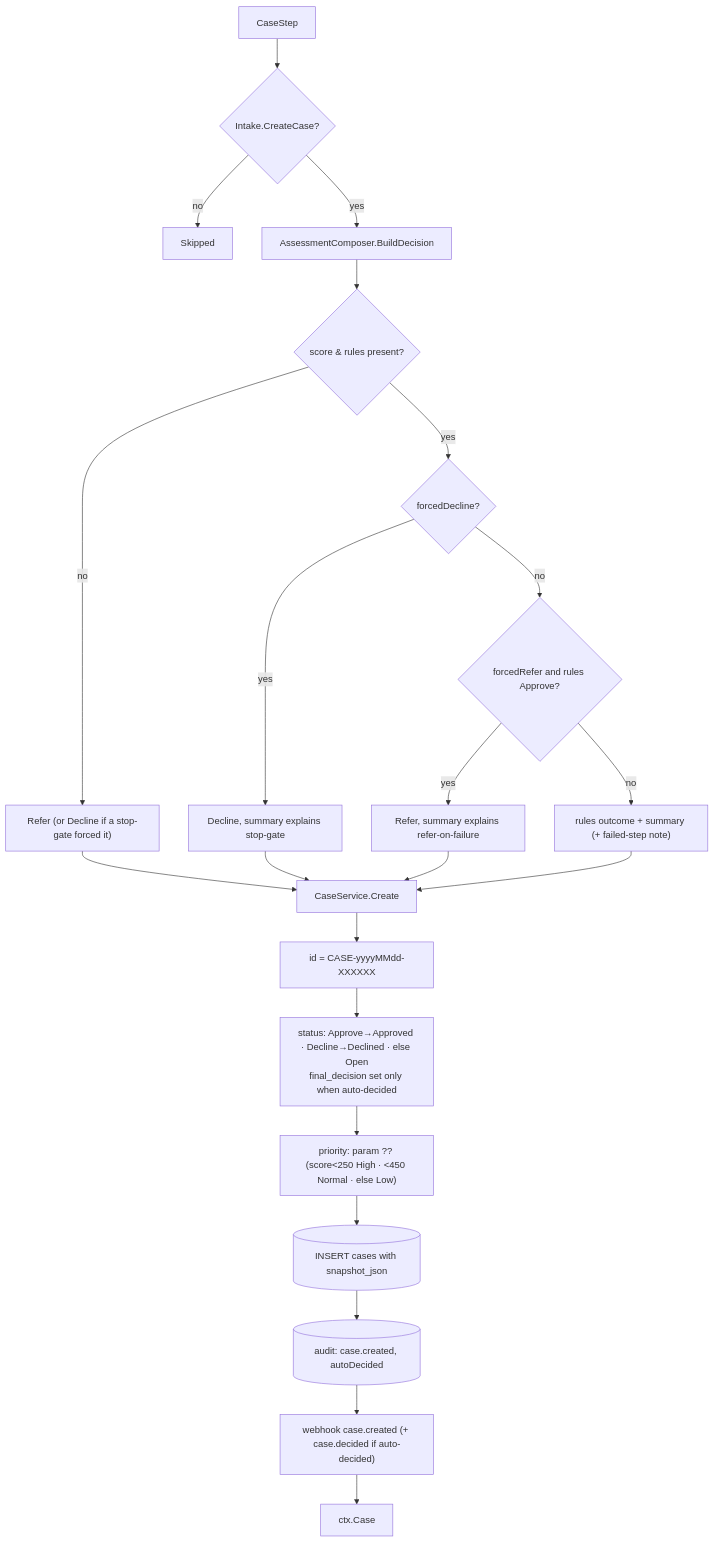
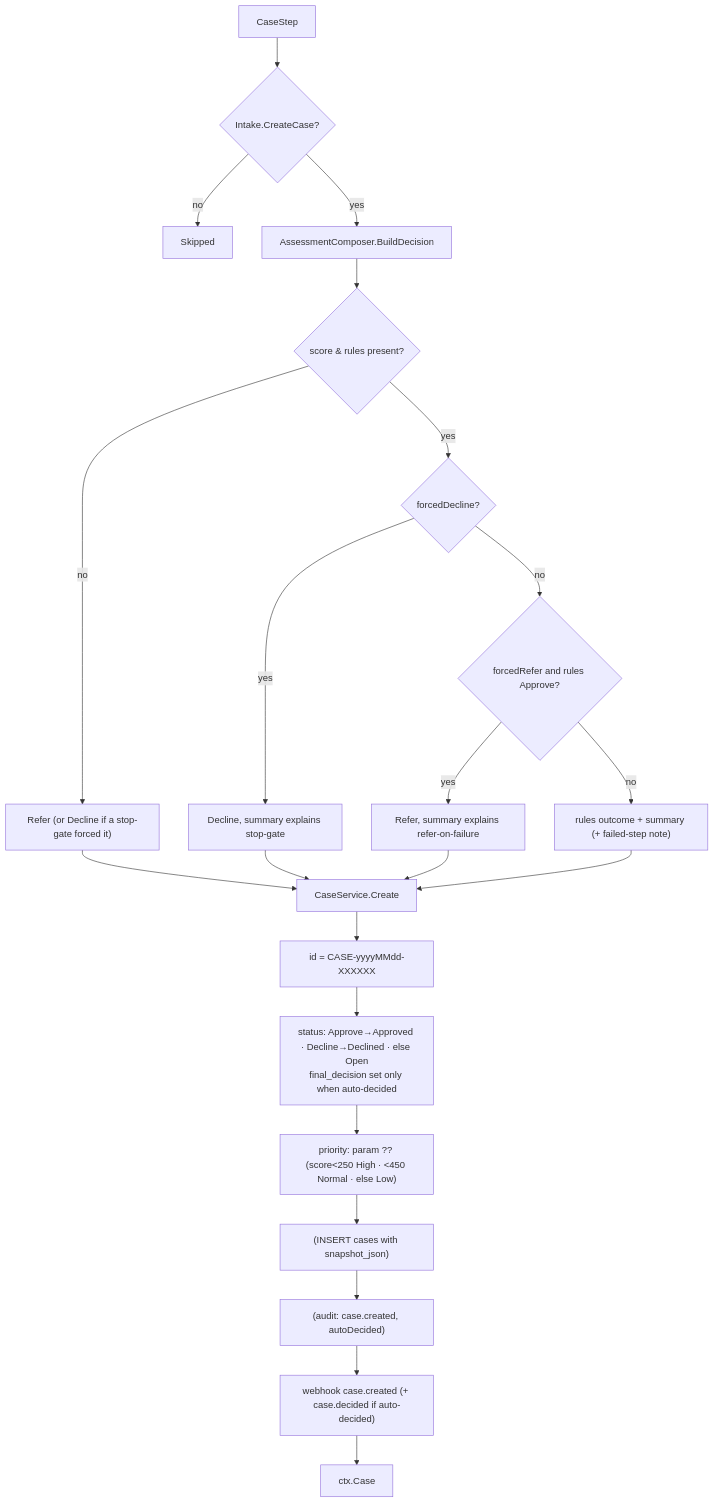
One commit to NitinRawat26/MerchantIntelligence changed the first of 3 diagrams in docs/steps/case.md. Above: the diagram before and after it, drawn with Mermaid. The commit also changed other lines of this file and 5 other files, not shown here.

Commit message:
docs: fix mermaid labels so every step diagram renders

````diff
--- a/docs/steps/case.md
+++ b/docs/steps/case.md
@@ -50,21 +50,21 @@
 ```mermaid
 flowchart TD
     A[CaseStep] --> B{Intake.CreateCase?}
     B -- no --> S[Skipped]
     B -- yes --> C[AssessmentComposer.BuildDecision]
     C --> C1{score & rules present?}
     C1 -- no --> C2["Refer (or Decline if a stop-gate forced it)"]
     C1 -- yes --> C3{forcedDecline?}
     C3 -- yes --> C4[Decline, summary explains stop-gate]
     C3 -- no --> C5{forcedRefer and rules Approve?}
     C5 -- yes --> C6[Refer, summary explains refer-on-failure]
     C5 -- no --> C7["rules outcome + summary (+ failed-step note)"]
     C2 & C4 & C6 & C7 --> D[CaseService.Create]
     D --> D1["id = CASE-yyyyMMdd-XXXXXX"]
     D1 --> D2["status: Approve→Approved · Decline→Declined · else Open<br/>final_decision set only when auto-decided"]
     D2 --> D3["priority: param ?? (score<250 High · <450 Normal · else Low)"]
-    D3 --> D4[(INSERT cases with snapshot_json)]
-    D4 --> D5[(audit: case.created, autoDecided)]
+    D3 --> D4["(INSERT cases with snapshot_json)"]
+    D4 --> D5["(audit: case.created, autoDecided)"]
     D5 --> D6["webhook case.created (+ case.decided if auto-decided)"]
     D6 --> E[ctx.Case]
 ```
````
